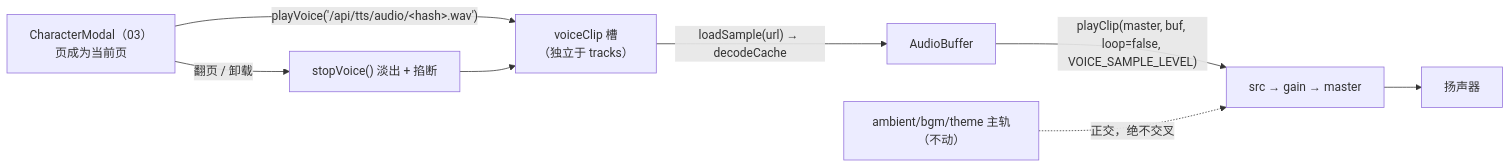
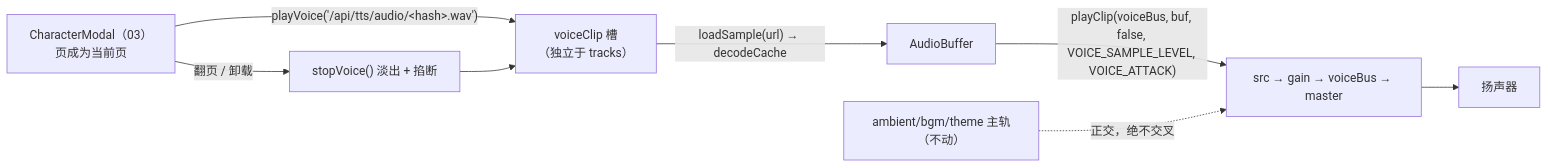
The diagram in docs/tts/02-前端引擎语音通道.md (LudicDynamics/hackathon), drawn with Mermaid before and after one commit. The commit also changed other lines of this file and 6 other files, not shown here.

````diff
--- a/docs/tts/02-前端引擎语音通道.md
+++ b/docs/tts/02-前端引擎语音通道.md
@@ -17,10 +17,10 @@
 ```mermaid
 graph LR
   M["CharacterModal（03）<br/>页成为当前页"] -->|"playVoice('/api/tts/audio/&lt;hash&gt;.wav')"| V["voiceClip 槽<br/>（独立于 tracks）"]
   V -->|"loadSample(url) → decodeCache"| B["AudioBuffer"]
-  B -->|"playClip(master, buf, loop=false, VOICE_SAMPLE_LEVEL)"| N["src → gain → master"]
+  B -->|"playClip(voiceBus, buf, false, VOICE_SAMPLE_LEVEL, VOICE_ATTACK)"| N["src → gain → voiceBus → master"]
   N --> SPK["扬声器"]
   M -->|"翻页 / 卸载"| S["stopVoice() 淡出 + 掐断"]
   S --> V
   AMB["ambient/bgm/theme 主轨（不动）"] -.->|正交，绝不交叉| N
 ```
````
